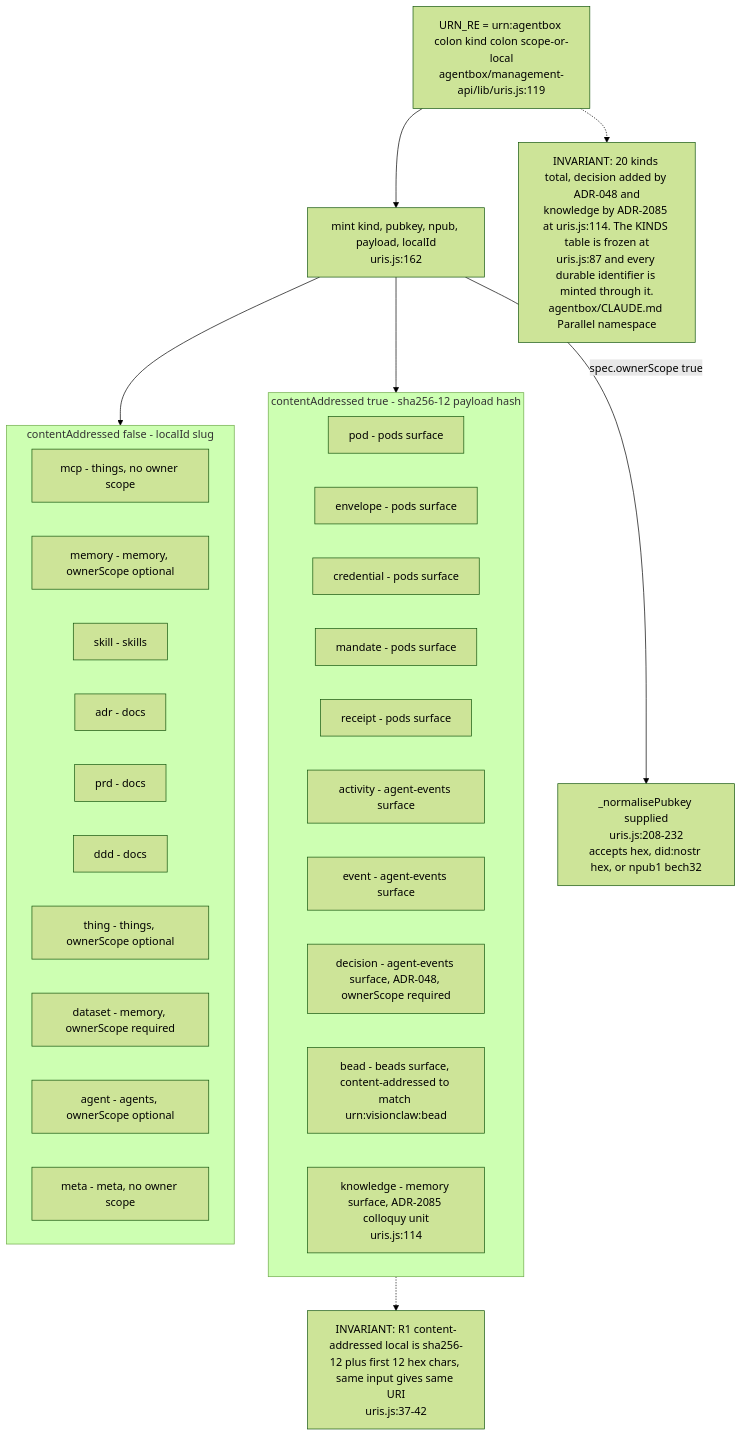
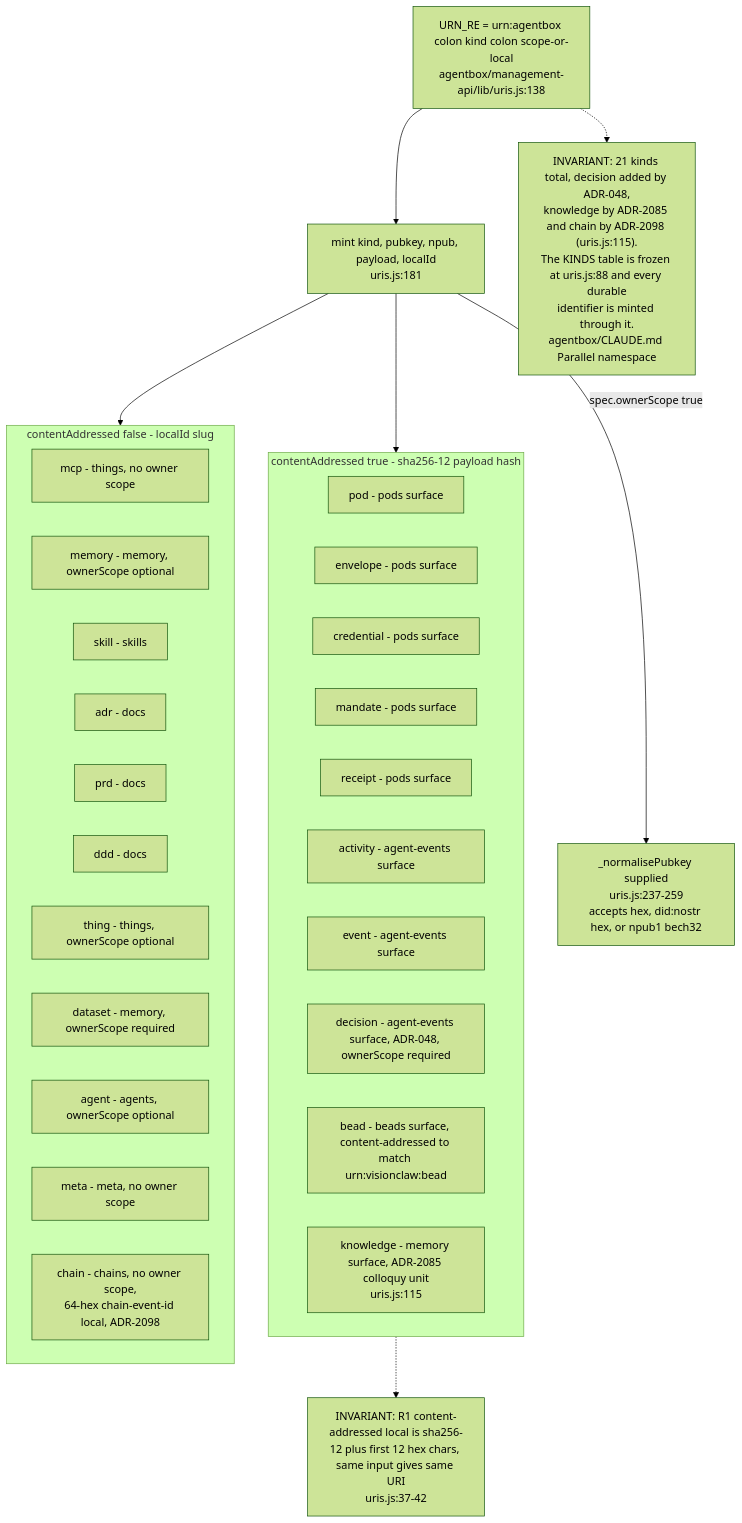
Before and after one commit to DreamLab-AI/VisionFlow: the third of 12 diagrams in docs/diagrams/estate/03-cross-repo-federation-contract.md, drawn with Mermaid (forest theme). The commit also changed other lines of this file and 111 other files, not shown here.

Commit message:
docs(diagrams): align estate maps with current source

````diff
--- a/docs/diagrams/estate/03-cross-repo-federation-contract.md
+++ b/docs/diagrams/estate/03-cross-repo-federation-contract.md
@@ -131,38 +132,39 @@
 ```mermaid
 flowchart TD
-    RE["URN_RE = urn:agentbox colon kind colon scope-or-local<br/>agentbox/management-api/lib/uris.js:119"]
-    MINT["mint kind, pubkey, npub, payload, localId<br/>uris.js:162"]
+    RE["URN_RE = urn:agentbox colon kind colon scope-or-local<br/>agentbox/management-api/lib/uris.js:138"]
+    MINT["mint kind, pubkey, npub, payload, localId<br/>uris.js:181"]
     RE --> MINT
     subgraph CA["contentAddressed true - sha256-12 payload hash"]
         POD["pod - pods surface"]
         ENVELOPE["envelope - pods surface"]
         CRED["credential - pods surface"]
         MANDATE["mandate - pods surface"]
         RECEIPT["receipt - pods surface"]
         ACTIVITY["activity - agent-events surface"]
         EVENT["event - agent-events surface"]
         DECISION["decision - agent-events surface, ADR-048, ownerScope required"]
         BEAD["bead - beads surface, content-addressed to match urn:visionclaw:bead"]
-        KNOW["knowledge - memory surface, ADR-2085 colloquy unit<br/>uris.js:114"]
+        KNOW["knowledge - memory surface, ADR-2085 colloquy unit<br/>uris.js:115"]
     end
     subgraph SLUG["contentAddressed false - localId slug"]
         MCP["mcp - things, no owner scope"]
         MEMORY["memory - memory, ownerScope optional"]
         SKILL["skill - skills"]
         ADR["adr - docs"]
         PRD["prd - docs"]
         DDD["ddd - docs"]
         THING["thing - things, ownerScope optional"]
         DATASET["dataset - memory, ownerScope required"]
         AGENT["agent - agents, ownerScope optional"]
         META["meta - meta, no owner scope"]
+        CHAIN["chain - chains, no owner scope,<br/>64-hex chain-event-id local, ADR-2098"]
     end
     MINT --> CA
     MINT --> SLUG
-    NORM["_normalisePubkey supplied<br/>uris.js:208-232<br/>accepts hex, did:nostr hex, or npub1 bech32"]
+    NORM["_normalisePubkey supplied<br/>uris.js:237-259<br/>accepts hex, did:nostr hex, or npub1 bech32"]
     MINT -- "spec.ownerScope true" --> NORM
-    NOTE_KIND["INVARIANT: 20 kinds total, decision added by ADR-048 and<br/>knowledge by ADR-2085 at uris.js:114. The KINDS table is frozen at<br/>uris.js:87 and every durable identifier is minted through it.<br/>agentbox/CLAUDE.md Parallel namespace"]
+    NOTE_KIND["INVARIANT: 21 kinds total, decision added by ADR-048,<br/>knowledge by ADR-2085 and chain by ADR-2098 (uris.js:115).<br/>The KINDS table is frozen at uris.js:88 and every durable<br/>identifier is minted through it.<br/>agentbox/CLAUDE.md Parallel namespace"]
     NOTE_R1["INVARIANT: R1 content-addressed local is sha256-12 plus first 12 hex chars, same input gives same URI<br/>uris.js:37-42"]
     RE -.-> NOTE_KIND
     CA -.-> NOTE_R1
 ```
````
